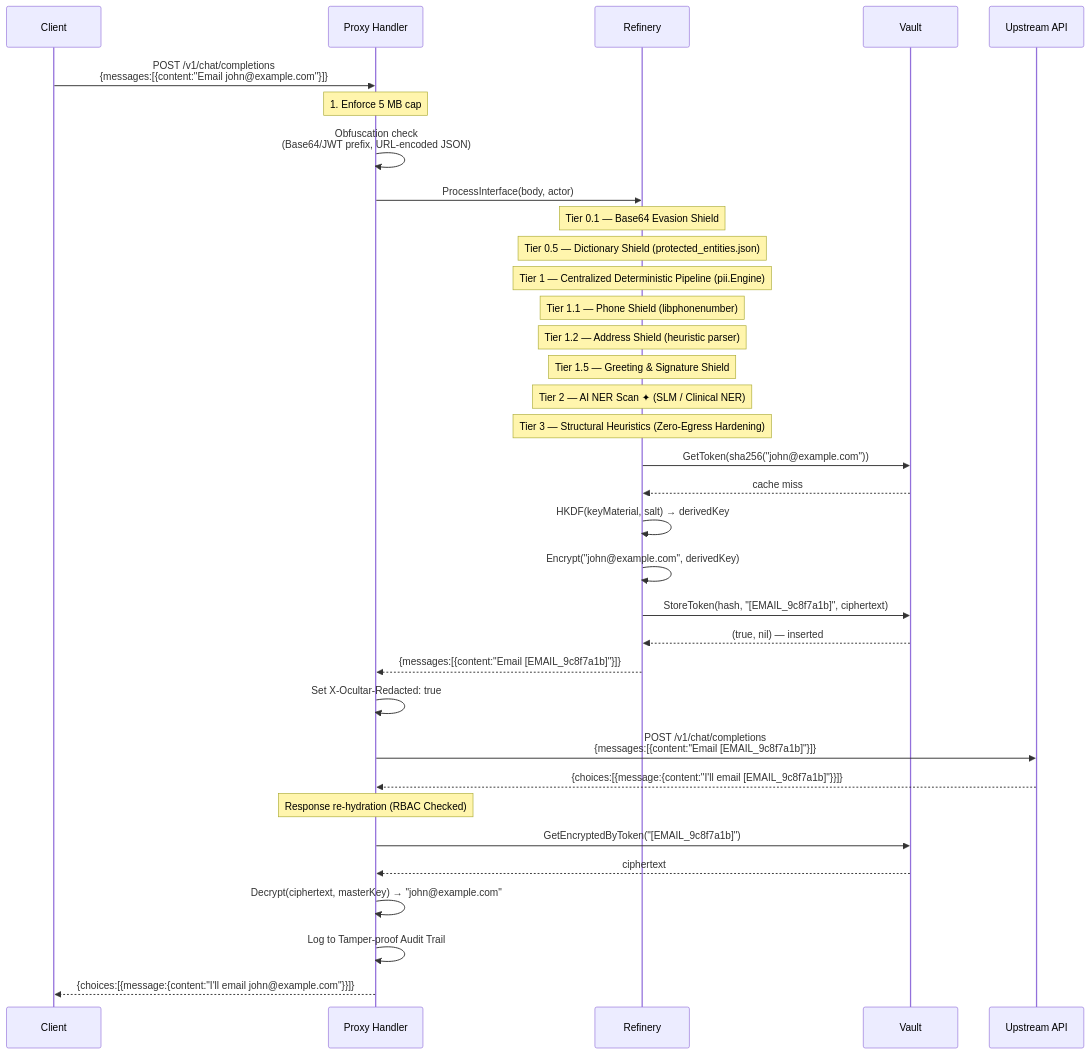
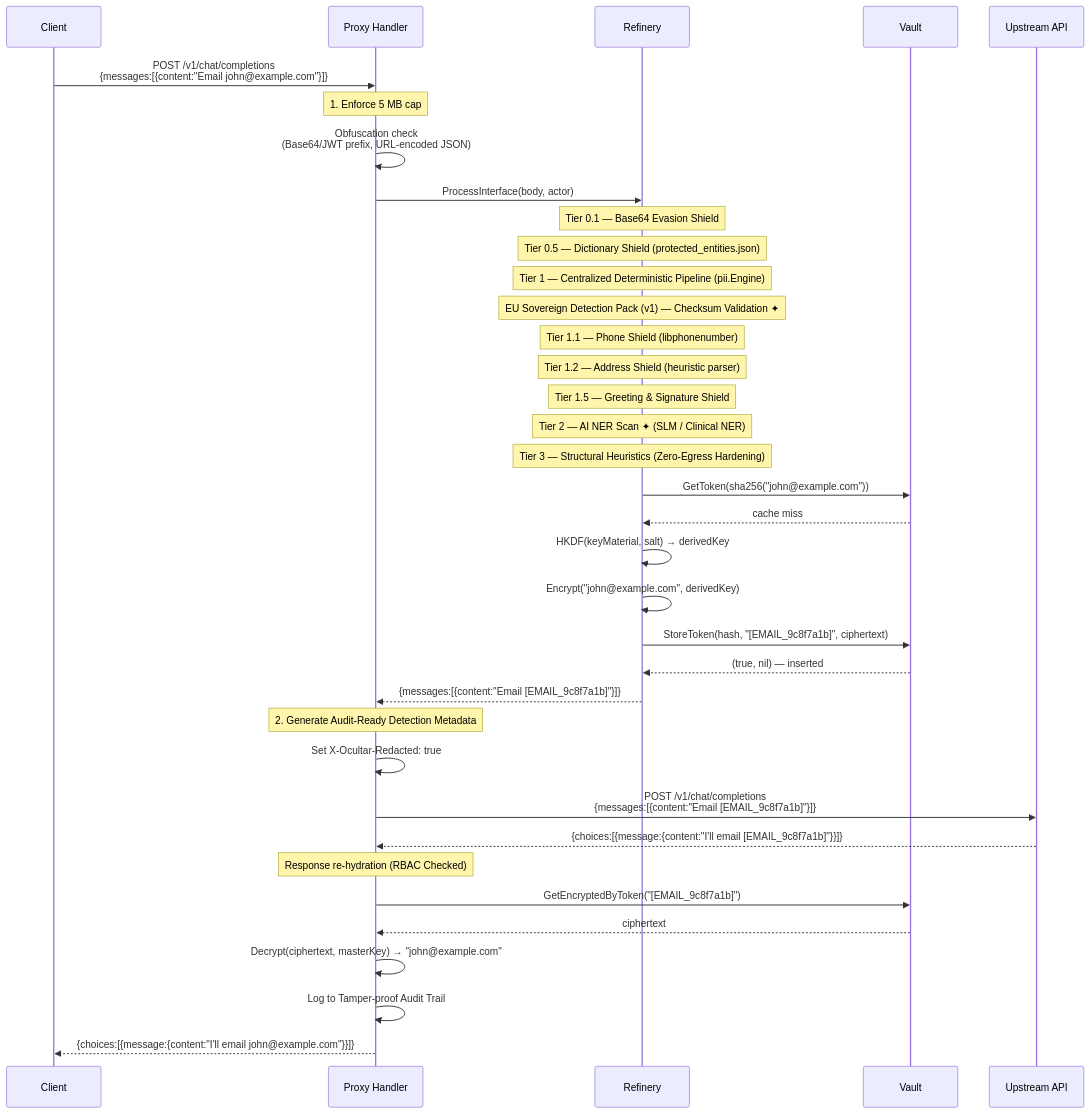
One commit to Edu963/ocultar changed the third of 5 diagrams in docs/ARCHITECTURE.md. Above: the diagram before and after it, drawn with Mermaid. The commit also changed 12 other files, not shown here.

Commit message:
feat: Implement EU Sovereign Detection Pack v1 by adding new EU-specific PII validators and enhancing the detection result structure for improved auditability and redaction.

````diff
--- a/docs/ARCHITECTURE.md
+++ b/docs/ARCHITECTURE.md
@@ -101,45 +101,47 @@
 ```mermaid
 sequenceDiagram
     participant C as Client
     participant P as Proxy Handler
     participant E as Refinery
     participant V as Vault
     participant U as Upstream API
 
     C->>P: POST /v1/chat/completions<br/>{messages:[{content:"Email john@example.com"}]}
 
     Note over P: 1. Enforce 5 MB cap
     P->>P: Obfuscation check<br/>(Base64/JWT prefix, URL-encoded JSON)
 
     P->>E: ProcessInterface(body, actor)
 
     Note over E: Tier 0.1 — Base64 Evasion Shield
     Note over E: Tier 0.5 — Dictionary Shield (protected_entities.json)
     Note over E: Tier 1 — Centralized Deterministic Pipeline (pii.Engine)
+    Note over E: EU Sovereign Detection Pack (v1) — Checksum Validation ✦
     Note over E: Tier 1.1 — Phone Shield (libphonenumber)
     Note over E: Tier 1.2 — Address Shield (heuristic parser)
     Note over E: Tier 1.5 — Greeting & Signature Shield
     Note over E: Tier 2 — AI NER Scan ✦ (SLM / Clinical NER)
     Note over E: Tier 3 — Structural Heuristics (Zero-Egress Hardening)
 
     E->>V: GetToken(sha256("john@example.com"))
     V-->>E: cache miss
     E->>E: HKDF(keyMaterial, salt) → derivedKey
     E->>E: Encrypt("john@example.com", derivedKey)
     E->>V: StoreToken(hash, "[EMAIL_9c8f7a1b]", ciphertext)
     V-->>E: (true, nil) — inserted
 
     E-->>P: {messages:[{content:"Email [EMAIL_9c8f7a1b]"}]}
+    Note over P: 2. Generate Audit-Ready Detection Metadata
 
     P->>P: Set X-Ocultar-Redacted: true
     P->>U: POST /v1/chat/completions<br/>{messages:[{content:"Email [EMAIL_9c8f7a1b]"}]}
     U-->>P: {choices:[{message:{content:"I'll email [EMAIL_9c8f7a1b]"}}]}
 
     Note over P: Response re-hydration (RBAC Checked)
     P->>V: GetEncryptedByToken("[EMAIL_9c8f7a1b]")
     V-->>P: ciphertext
     P->>P: Decrypt(ciphertext, masterKey) → "john@example.com"
     P->>P: Log to Tamper-proof Audit Trail
 
     P-->>C: {choices:[{message:{content:"I'll email john@example.com"}}]}
 ```
````
